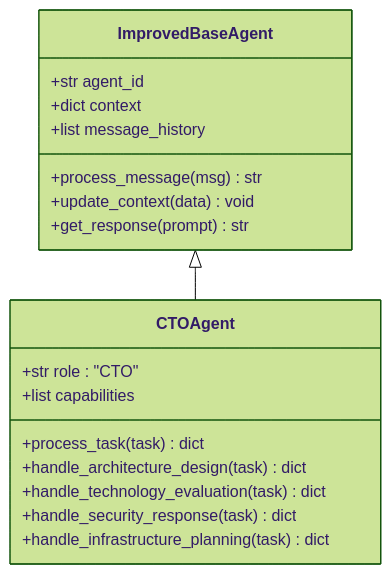
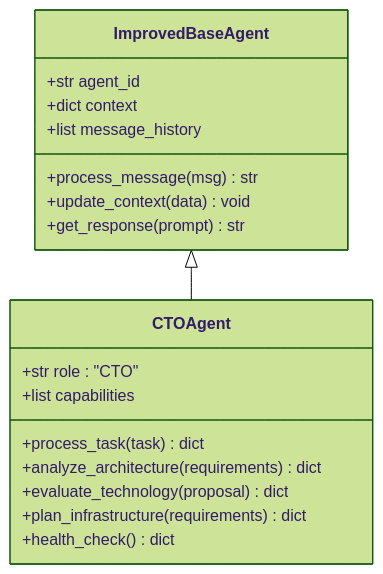
Before and after one commit to 371-Minds/os: the fourth of 6 diagrams in .qoder/repowiki/en/content/Agent Ecosystem/C-Suite Agents/C-Suite Agents.md, drawn with Mermaid (forest theme). The commit also changed other lines of this file and 10 other files, not shown here.

````diff
--- a/.qoder/repowiki/en/content/Agent Ecosystem/C-Suite Agents/C-Suite Agents.md
+++ b/.qoder/repowiki/en/content/Agent Ecosystem/C-Suite Agents/C-Suite Agents.md
@@ -275,21 +306,21 @@
 ```mermaid
 classDiagram
 class ImprovedBaseAgent {
 +str agent_id
 +dict context
 +list message_history
 +process_message(msg) str
 +update_context(data) void
 +get_response(prompt) str
 }
 class CTOAgent {
 +str role : "CTO"
 +list capabilities
 +process_task(task) dict
-+handle_architecture_design(task) dict
-+handle_technology_evaluation(task) dict
-+handle_security_response(task) dict
-+handle_infrastructure_planning(task) dict
++analyze_architecture(requirements) dict
++evaluate_technology(proposal) dict
++plan_infrastructure(requirements) dict
++health_check() dict
 }
 ImprovedBaseAgent <|-- CTOAgent
 ```
````
